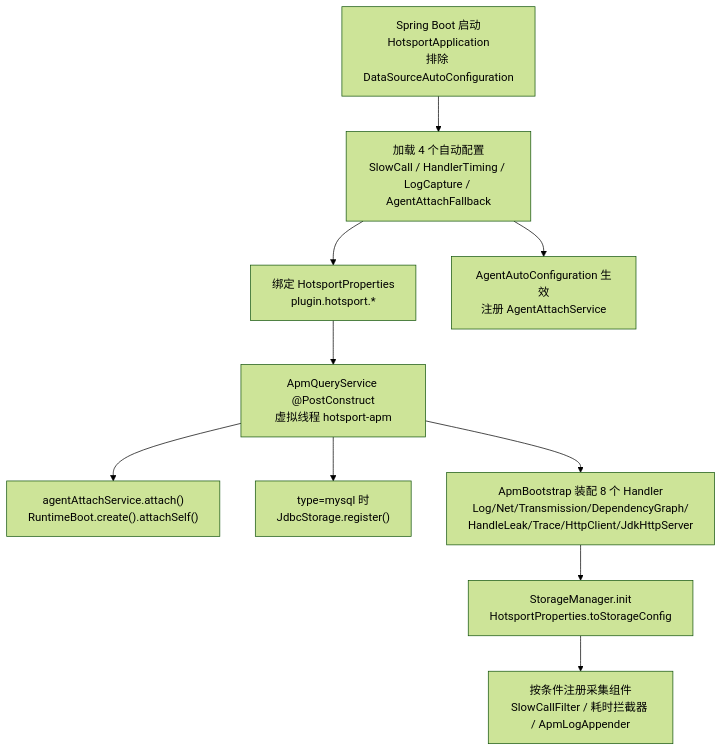
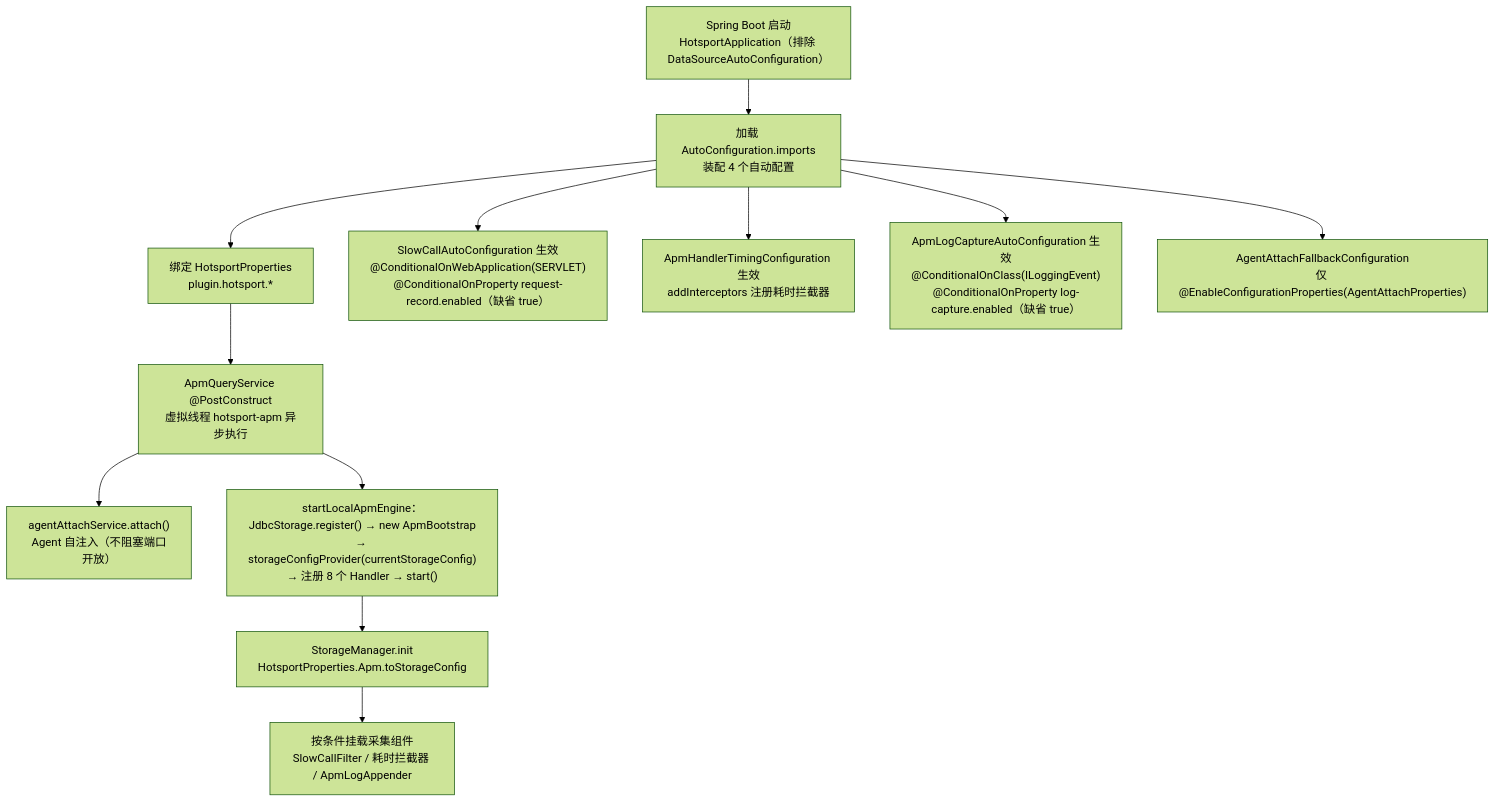
Before and after one commit to CHTK001/spring-support-parent-starter: the second of 2 diagrams in spring-support-hotsport-starter/README.md, drawn with Mermaid (forest theme). The commit also changed other lines of this file and 54 other files, not shown here.

````diff
--- a/spring-support-hotsport-starter/README.md
+++ b/spring-support-hotsport-starter/README.md
@@ -65,12 +52,14 @@
 ```mermaid
 flowchart TD
-    A["Spring Boot 启动<br/>HotsportApplication<br/>排除 DataSourceAutoConfiguration"] --> B["加载 4 个自动配置<br/>SlowCall / HandlerTiming / LogCapture / AgentAttachFallback"]
+    A["Spring Boot 启动<br/>HotsportApplication（排除 DataSourceAutoConfiguration）"] --> B["加载 AutoConfiguration.imports<br/>装配 4 个自动配置"]
     B --> C["绑定 HotsportProperties<br/>plugin.hotsport.*"]
-    B --> D["AgentAutoConfiguration 生效<br/>注册 AgentAttachService"]
-    C --> E["ApmQueryService @PostConstruct<br/>虚拟线程 hotsport-apm"]
-    E --> F["agentAttachService.attach()<br/>RuntimeBoot.create().attachSelf()"]
-    E --> G["type=mysql 时<br/>JdbcStorage.register()"]
-    E --> H["ApmBootstrap 装配 8 个 Handler<br/>Log/Net/Transmission/DependencyGraph/<br/>HandleLeak/Trace/HttpClient/JdkHttpServer"]
-    H --> I["StorageManager.init<br/>HotsportProperties.toStorageConfig"]
-    I --> J["按条件注册采集组件<br/>SlowCallFilter / 耗时拦截器 / ApmLogAppender"]
+    B --> D["SlowCallAutoConfiguration 生效<br/>@ConditionalOnWebApplication(SERVLET)<br/>@ConditionalOnProperty request-record.enabled（缺省 true）"]
+    B --> E["ApmHandlerTimingConfiguration 生效<br/>addInterceptors 注册耗时拦截器"]
+    B --> F["ApmLogCaptureAutoConfiguration 生效<br/>@ConditionalOnClass(ILoggingEvent)<br/>@ConditionalOnProperty log-capture.enabled（缺省 true）"]
+    B --> G["AgentAttachFallbackConfiguration<br/>仅 @EnableConfigurationProperties(AgentAttachProperties)"]
+    C --> H["ApmQueryService @PostConstruct<br/>虚拟线程 hotsport-apm 异步执行"]
+    H --> I["agentAttachService.attach()<br/>Agent 自注入（不阻塞端口开放）"]
+    H --> J["startLocalApmEngine：<br/>JdbcStorage.register() → new ApmBootstrap<br/>→ storageConfigProvider(currentStorageConfig)<br/>→ 注册 8 个 Handler → start()"]
+    J --> K["StorageManager.init<br/>HotsportProperties.Apm.toStorageConfig"]
+    K --> L["按条件挂载采集组件<br/>SlowCallFilter / 耗时拦截器 / ApmLogAppender"]
 ```
````
